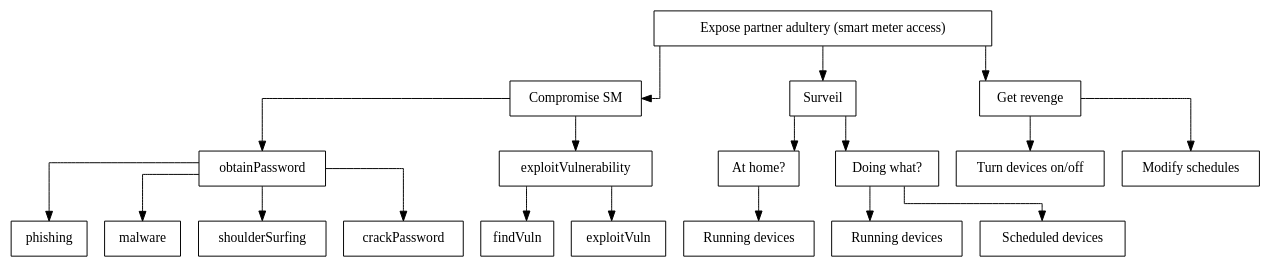
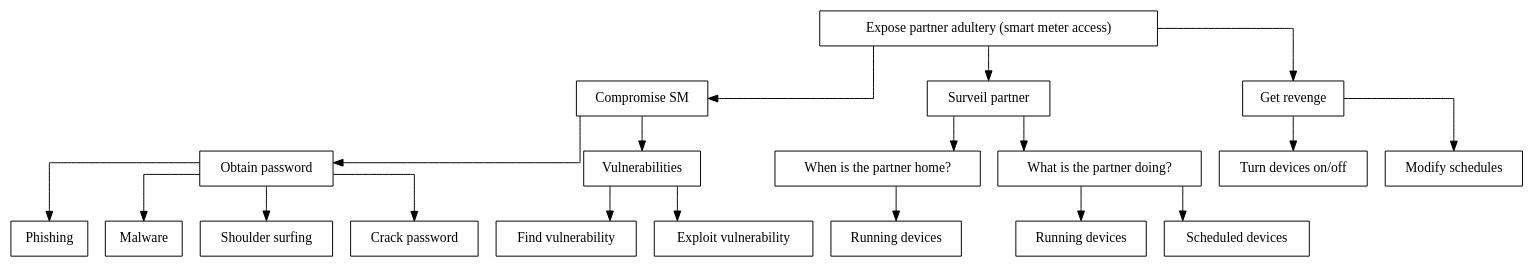
Before and after one commit to des904e15/report: the diagram in figures/graphviz/partner_vs_consumer_sm.dot, drawn with Graphviz. The commit also changed 2 other files, not shown here.

```diff
--- a/figures/graphviz/partner_vs_consumer_sm.dot
+++ b/figures/graphviz/partner_vs_consumer_sm.dot
@@ -1,49 +1,55 @@
 digraph finite_state_machine {
   node [shape = rectangle];
   graph [splines=ortho];
 
   sm_access[label = "Expose partner adultery (smart meter access)",shape=AND];
 
     sm_access -> compromise_sm;
     compromise_sm[label="Compromise SM"];
 
-    obtainPassword[shape=OR];
+    obtainPassword[label="Obtain password", shape=OR];
     compromise_sm[shape=OR];
     compromise_sm -> obtainPassword;
+    phishing[label="Phishing"];
+    malware[label="Malware"];
+    shoulderSurfing[label="Shoulder surfing"];
+    crackPassword[label="Crack password"];
     obtainPassword -> phishing;
     obtainPassword -> malware;
     obtainPassword -> shoulderSurfing;
     obtainPassword -> crackPassword;
 
-    exploitVulnerability[shape=AND];
+    exploitVulnerability[label="Vulnerabilities", shape=AND];
     compromise_sm -> exploitVulnerability;
+    findVuln[label="Find vulnerability"];
+    exploitVuln[label="Exploit vulnerability"];
     exploitVulnerability -> findVuln;
     exploitVulnerability -> exploitVuln;
 
-  surveil[label="Surveil",shape=OR];
+  surveil[label="Surveil partner",shape=OR];
   sm_access->surveil;
 
-    at_home[label="At home?"];
+    at_home[label="When is the partner home?"];
     surveil->at_home
 
       running_devices[label="Running devices"];
       at_home->running_devices;
 
-    doing_what[label="Doing what?",shape=OR];
+    doing_what[label="What is the partner doing?",shape=OR];
     surveil->doing_what;
 
       running_devices2[label="Running devices"];
       doing_what->running_devices2;
 
       scheduled_devices[label="Scheduled devices"];
       doing_what->scheduled_devices;
 
   revenge[label="Get revenge",shape=OR];
   sm_access->revenge;
 
     turn_onoff[label="Turn devices on/off"];
     revenge->turn_onoff;
 
     modify_schedules[label="Modify schedules"];
     revenge->modify_schedules;
 }
```
